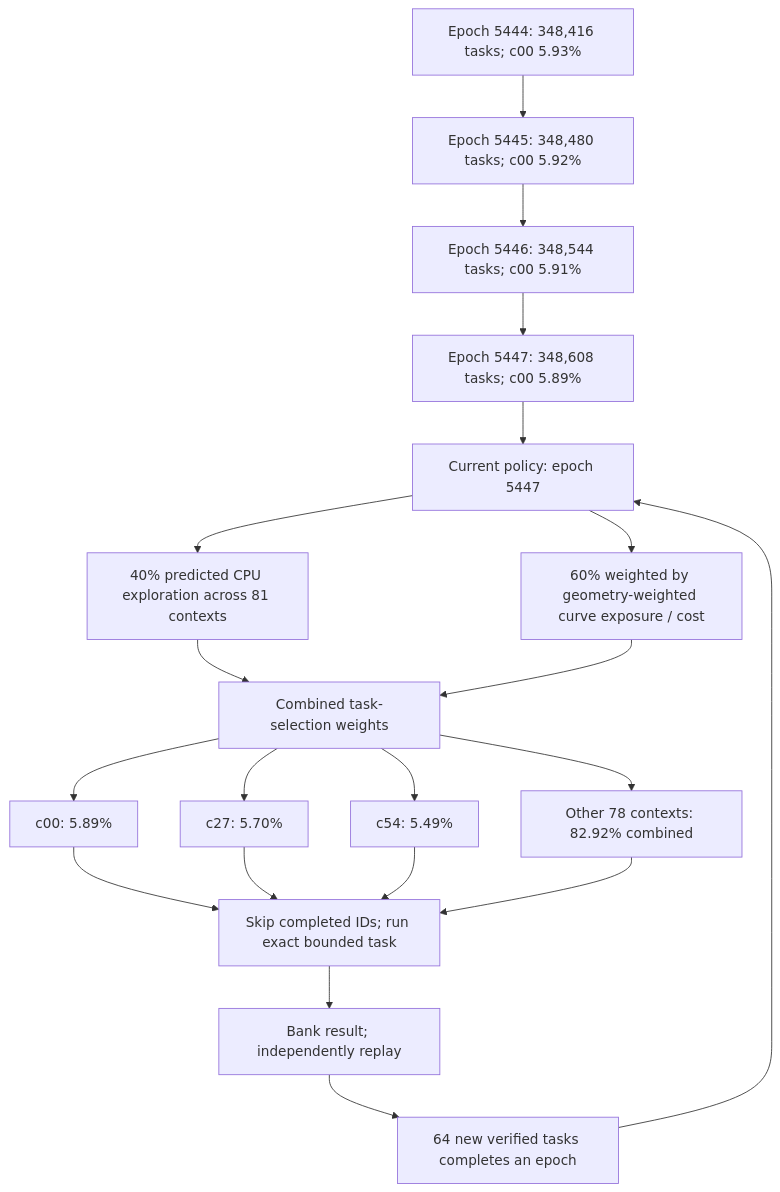
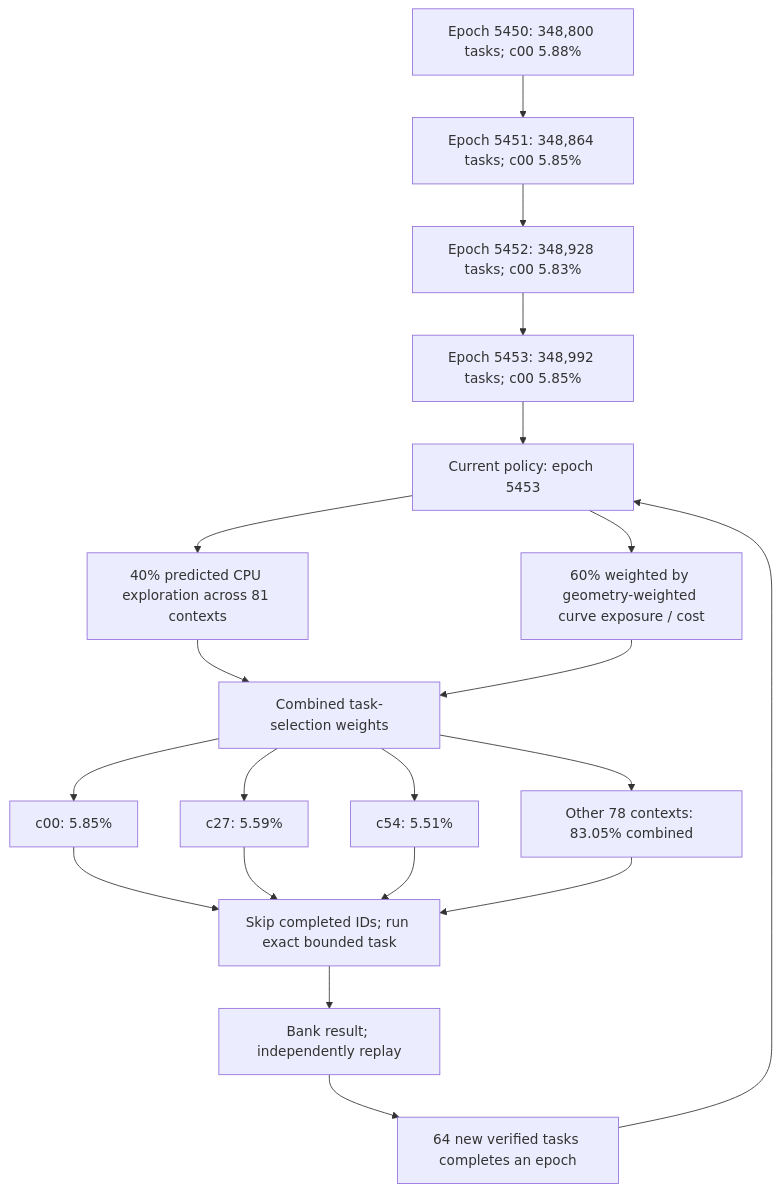
Before and after one commit to Kuberwastaken/math-gambling: the first of 3 diagrams in README.md, drawn with Mermaid. The commit also changed other lines of this file and 1232 other files, not shown here.

````diff
--- a/README.md
+++ b/README.md
@@ -60,27 +60,27 @@
 ```mermaid
 flowchart TD
-    H0["Epoch 5444: 348,416 tasks; c00 5.93%"]
-    H1["Epoch 5445: 348,480 tasks; c00 5.92%"]
+    H0["Epoch 5450: 348,800 tasks; c00 5.88%"]
+    H1["Epoch 5451: 348,864 tasks; c00 5.85%"]
     H0 --> H1
-    H2["Epoch 5446: 348,544 tasks; c00 5.91%"]
+    H2["Epoch 5452: 348,928 tasks; c00 5.83%"]
     H1 --> H2
-    H3["Epoch 5447: 348,608 tasks; c00 5.89%"]
+    H3["Epoch 5453: 348,992 tasks; c00 5.85%"]
     H2 --> H3
-    Policy["Current policy: epoch 5447"]
+    Policy["Current policy: epoch 5453"]
     H3 --> Policy
     Policy --> Explore["40% predicted CPU exploration across 81 contexts"]
     Policy --> Cost["60% weighted by geometry-weighted curve exposure / cost"]
     Explore --> Mix["Combined task-selection weights"]
     Cost --> Mix
-    Mix --> C0["c00: 5.89%"]
-    Mix --> C1["c27: 5.70%"]
-    Mix --> C2["c54: 5.49%"]
-    Mix --> Rest["Other 78 contexts: 82.92% combined"]
+    Mix --> C0["c00: 5.85%"]
+    Mix --> C1["c27: 5.59%"]
+    Mix --> C2["c54: 5.51%"]
+    Mix --> Rest["Other 78 contexts: 83.05% combined"]
     C0 --> Check["Skip completed IDs; run exact bounded task"]
     C1 --> Check
     C2 --> Check
     Rest --> Check
     Check --> Replay["Bank result; independently replay"]
     Replay --> Gate["64 new verified tasks completes an epoch"]
     Gate --> Policy
 ```
````
